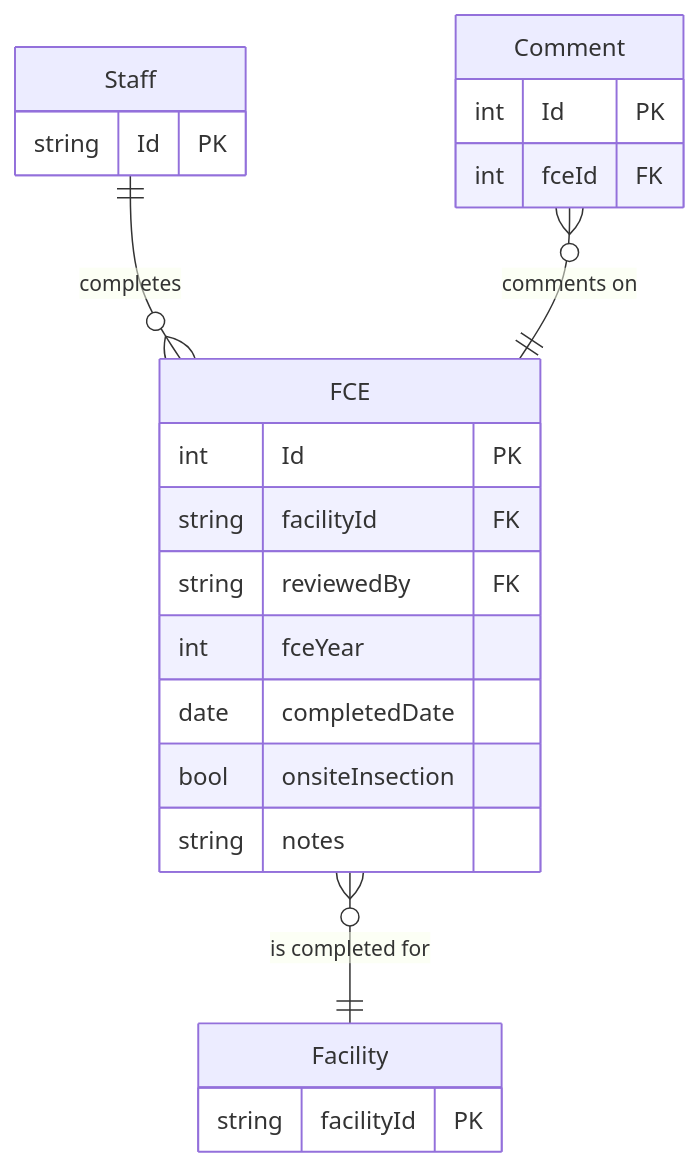
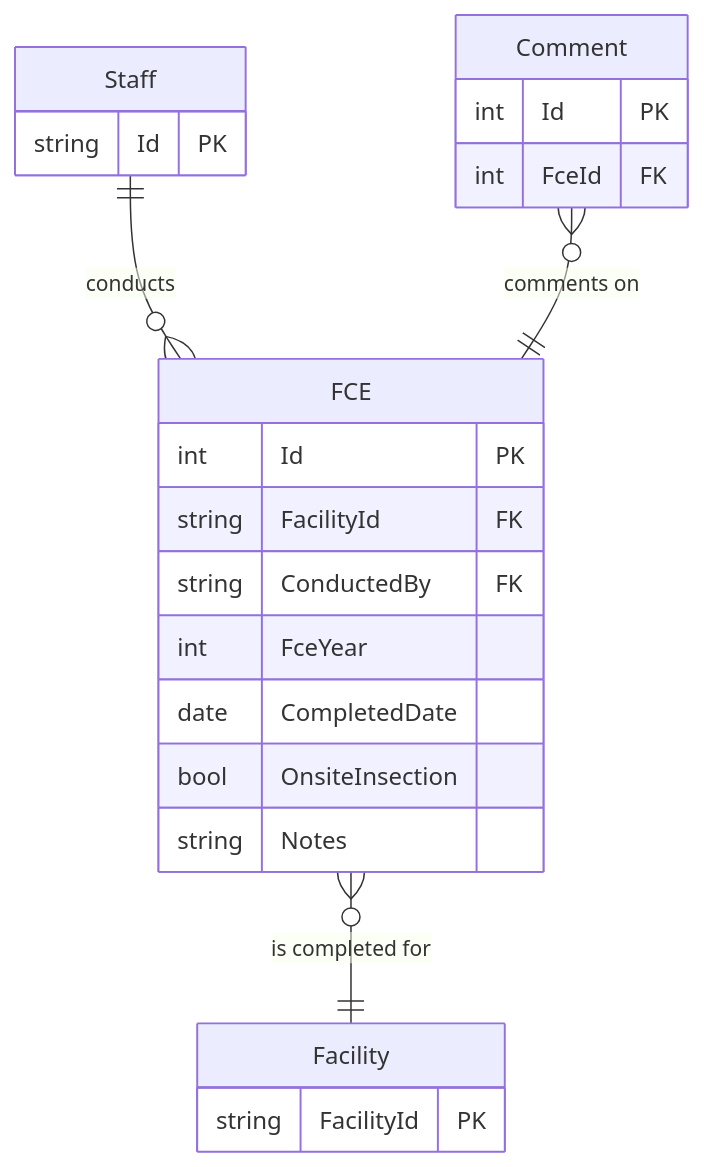
One commit to gaepdit/air-web changed the second of 2 diagrams in docs/Compliance/FCE/FCE-workflow-ERD.md. Above: the diagram before and after it, drawn with Mermaid. The commit also changed other lines of this file and 1 other file, not shown here.

Commit message:
Update FCE docs

````diff
--- a/docs/Compliance/FCE/FCE-workflow-ERD.md
+++ b/docs/Compliance/FCE/FCE-workflow-ERD.md
@@ -47,31 +44,30 @@
 ```mermaid
 erDiagram
+    FAC["Facility"] {
+        string FacilityId PK
+    }
 
-FAC["Facility"] {
-    string facilityId PK
-}
+    FCE["FCE"] {
+        int Id PK
+        string FacilityId FK
+        string ConductedBy FK
+        int FceYear
+        date CompletedDate
+        bool OnsiteInsection
+        string Notes
+    }
 
-FCE["FCE"] {
-    int Id PK
-    string facilityId FK
-    string reviewedBy FK
-    int fceYear
-    date completedDate
-    bool onsiteInsection
-    string notes
-}
+    STF["Staff"] {
+        string Id PK
+    }
 
-STF["Staff"] {
-    string Id PK
-}
+    CTE["Comment"] {
+        int Id PK
+        int FceId FK
+    }
 
-CTE["Comment"] {
-    int Id PK
-    int fceId FK
-}
-
-FCE }o--|| FAC : "is completed for"
-STF ||--o{ FCE: "completes"
-CTE }o--|| FCE: "comments on"
+    FCE }o--|| FAC: "is completed for"
+    STF ||--o{ FCE: "conducts"
+    CTE }o--|| FCE: "comments on"
 
 ```
````
